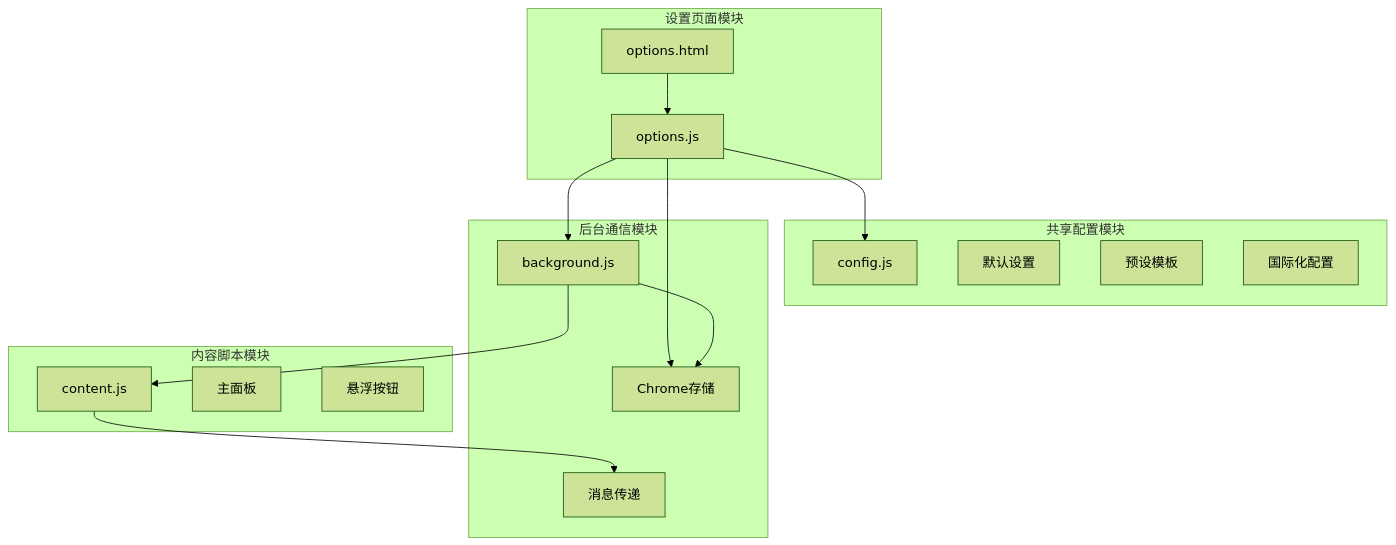
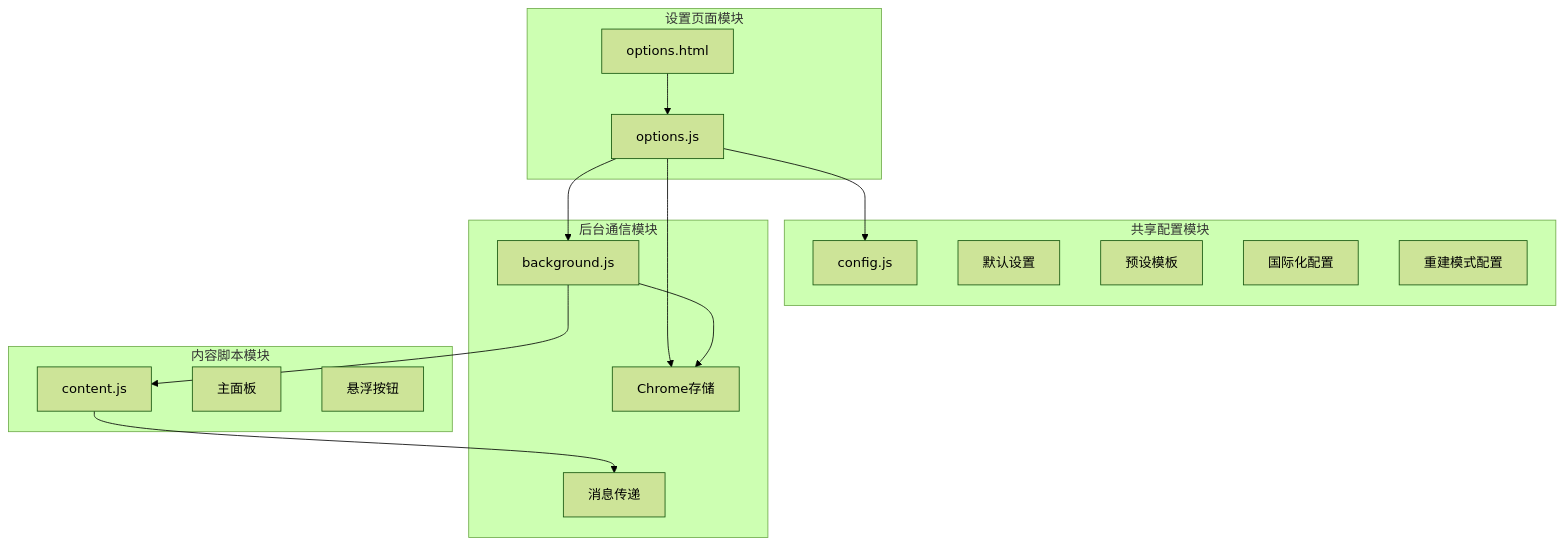
The tenth of 10 diagrams in .qoder/repowiki/zh/content/开发指南/功能开发/前端界面开发/设置页面开发.md (binasi/Img2Prompt), drawn with Mermaid (forest theme) before and after one commit. The commit also changed other lines of this file and 21 other files, not shown here.

````diff
--- a/.qoder/repowiki/zh/content/开发指南/功能开发/前端界面开发/设置页面开发.md
+++ b/.qoder/repowiki/zh/content/开发指南/功能开发/前端界面开发/设置页面开发.md
@@ -531,30 +593,31 @@
 ```mermaid
 graph TD
 subgraph "设置页面模块"
 OptionsHTML[options.html]
 OptionsJS[options.js]
 end
 subgraph "共享配置模块"
 ConfigJS[config.js]
 DefaultSettings[默认设置]
 Presets[预设模板]
 I18n[国际化配置]
+RecreateMode[重建模式配置]
 end
 subgraph "后台通信模块"
 Background[background.js]
 Storage[Chrome存储]
 Runtime[消息传递]
 end
 subgraph "内容脚本模块"
 Content[content.js]
 Panel[主面板]
 HoverButton[悬浮按钮]
 end
 OptionsHTML --> OptionsJS
 OptionsJS --> ConfigJS
 OptionsJS --> Background
 OptionsJS --> Storage
 Background --> Storage
 Background --> Content
 Content --> Runtime
 ```
````
